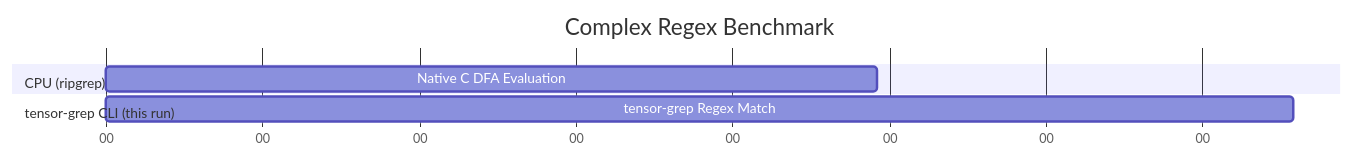
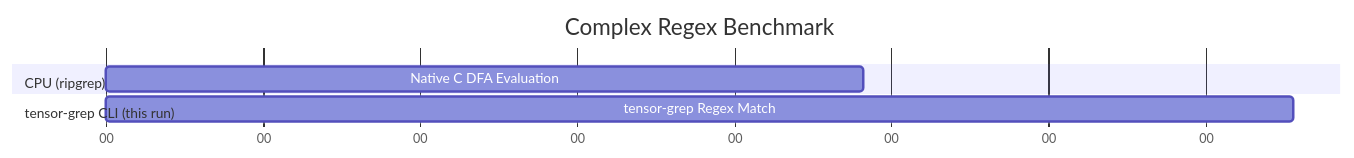
One commit to oimiragieo/tensor-grep changed the second of 3 diagrams in docs/PAPER.md. Above: the diagram before and after it, drawn with Mermaid. The commit also changed other lines of this file and 4 other files, not shown here.

````diff
--- a/docs/PAPER.md
+++ b/docs/PAPER.md
@@ -101,12 +102,12 @@
 ```mermaid
 gantt
     title Complex Regex Benchmark
     dateFormat  s
     axisFormat %S
     
     section CPU (ripgrep)
-    Native C DFA Evaluation :a1, 0, 0.492s
+    Native C DFA Evaluation :a1, 0, 0.482s
     
     section tensor-grep CLI (this run)
-    tensor-grep Regex Match :a2, 0, 0.758s
+    tensor-grep Regex Match :a2, 0, 0.756s
 ```
````
